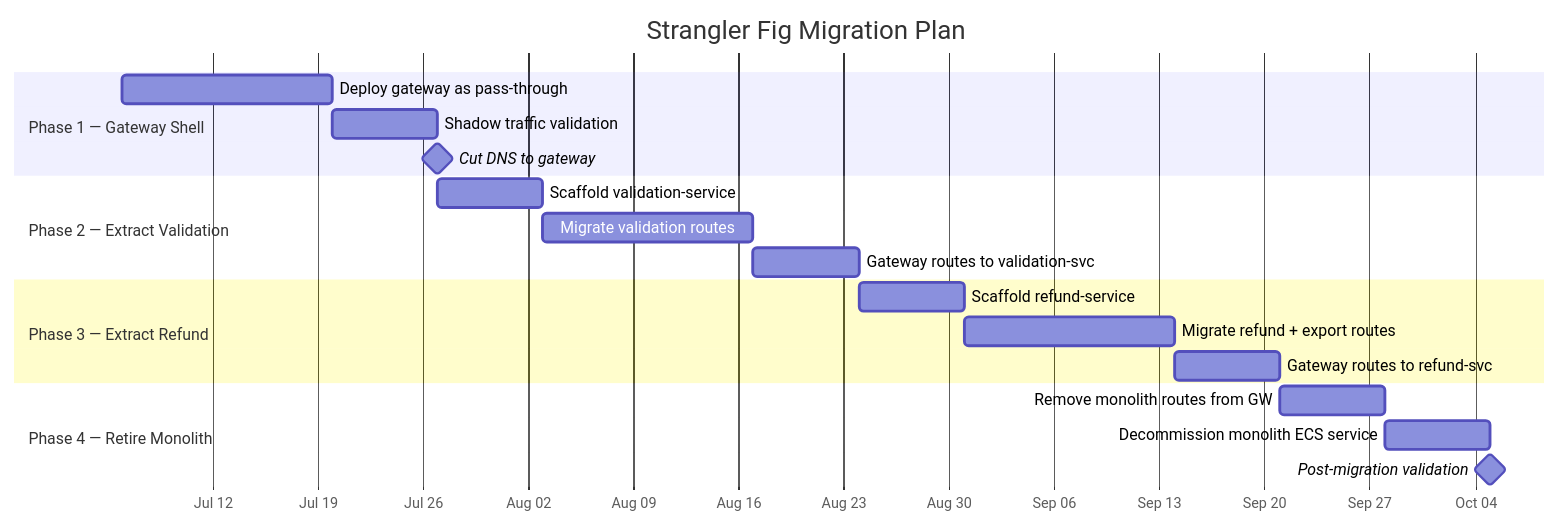
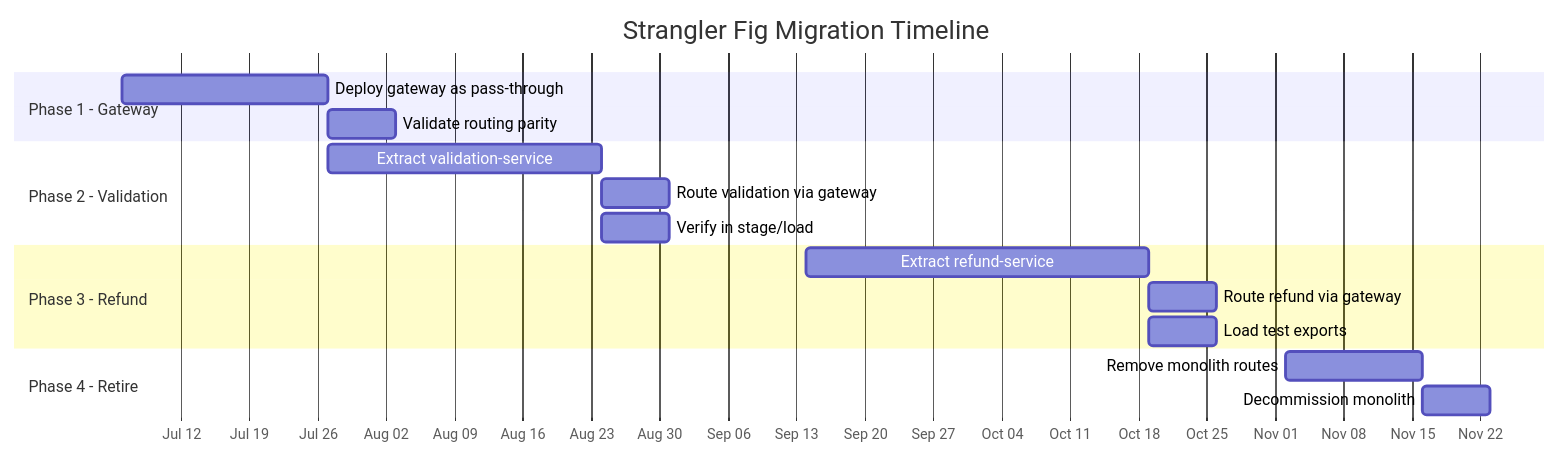
Before and after one commit to rsanchez-disney/steer-runtime: the sixth of 7 diagrams in tests/orchestration/architecture_spec_agent.md, drawn with Mermaid. The commit also changed other lines of this file and 1 other file, not shown here.

````diff
--- a/tests/orchestration/architecture_spec_agent.md
+++ b/tests/orchestration/architecture_spec_agent.md
@@ -468,26 +426,24 @@
 ```mermaid
 gantt
-    title Strangler Fig Migration Plan
-    dateFormat YYYY-MM-DD
-    axisFormat %b %d
+    title Strangler Fig Migration Timeline
+    dateFormat  YYYY-MM-DD
+    axisFormat  %b %d
 
-    section Phase 1 — Gateway Shell
-    Deploy gateway as pass-through    :p1a, 2026-07-06, 14d
-    Shadow traffic validation         :p1b, after p1a, 7d
-    Cut DNS to gateway                :milestone, after p1b, 0d
+    section Phase 1 - Gateway
+    Deploy gateway as pass-through   :p1, 2026-07-06, 3w
+    Validate routing parity          :after p1, 1w
 
-    section Phase 2 — Extract Validation
-    Scaffold validation-service       :p2a, after p1b, 7d
-    Migrate validation routes         :p2b, after p2a, 14d
-    Gateway routes to validation-svc  :p2c, after p2b, 7d
+    section Phase 2 - Validation
+    Extract validation-service       :p2, after p1, 4w
+    Route validation via gateway     :after p2, 1w
+    Verify in stage/load             :after p2, 1w
 
-    section Phase 3 — Extract Refund
-    Scaffold refund-service           :p3a, after p2c, 7d
-    Migrate refund + export routes    :p3b, after p3a, 14d
-    Gateway routes to refund-svc      :p3c, after p3b, 7d
+    section Phase 3 - Refund
+    Extract refund-service           :p3, 2026-09-14, 5w
+    Route refund via gateway         :after p3, 1w
+    Load test exports                :after p3, 1w
 
-    section Phase 4 — Retire Monolith
-    Remove monolith routes from GW    :p4a, after p3c, 7d
-    Decommission monolith ECS service :p4b, after p4a, 7d
-    Post-migration validation         :milestone, after p4b, 0d
+    section Phase 4 - Retire
+    Remove monolith routes           :p4, 2026-11-02, 2w
+    Decommission monolith            :after p4, 1w
 ```
````
